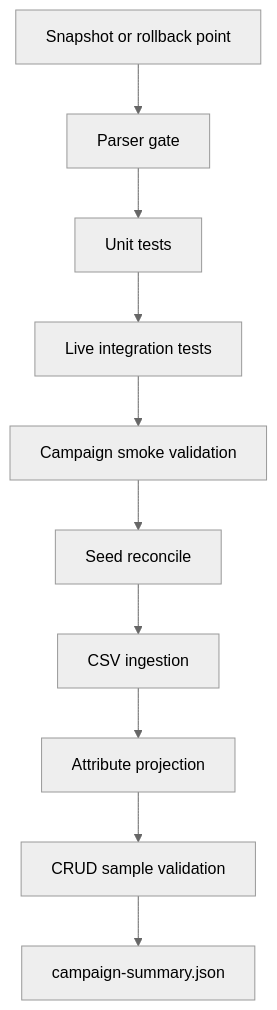
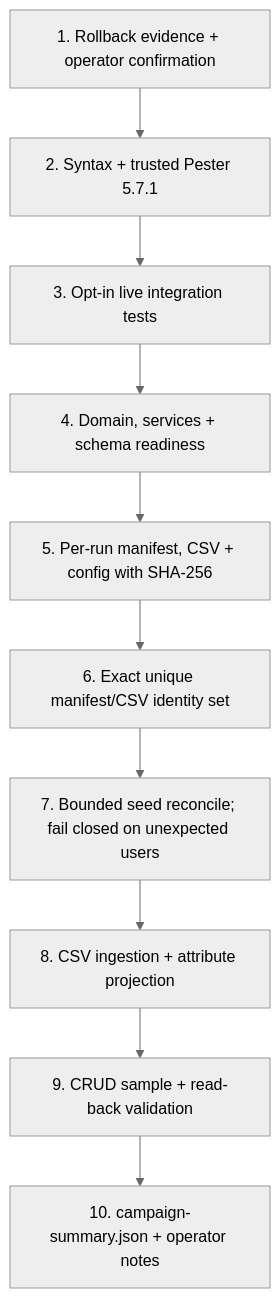
Before and after one commit to jonathanweinberg/DrunkenAD: the diagram in docs/diagrams/live-validation-ladder.mmd, drawn with Mermaid (neutral theme). The commit also changed 22 other files, not shown here.

```diff
--- a/docs/diagrams/live-validation-ladder.mmd
+++ b/docs/diagrams/live-validation-ladder.mmd
@@ -1,10 +1,10 @@
 flowchart TD
-    SNAP["Snapshot or rollback point"] --> PARSE["Parser gate"]
-    PARSE --> UNIT["Unit tests"]
-    UNIT --> INTEGRATION["Live integration tests"]
-    INTEGRATION --> SMOKE["Campaign smoke validation"]
-    SMOKE --> SEED["Seed reconcile"]
-    SEED --> CSV["CSV ingestion"]
-    CSV --> PROJECTION["Attribute projection"]
-    PROJECTION --> CRUD["CRUD sample validation"]
-    CRUD --> SUMMARY["campaign-summary.json"]
+    ROLLBACK["1. Rollback evidence + operator confirmation"] --> TRUST["2. Syntax + trusted Pester 5.7.1"]
+    TRUST --> INTEGRATION["3. Opt-in live integration tests"]
+    INTEGRATION --> READINESS["4. Domain, services + schema readiness"]
+    READINESS --> INPUTS["5. Per-run manifest, CSV + config with SHA-256"]
+    INPUTS --> IDENTITIES["6. Exact unique manifest/CSV identity set"]
+    IDENTITIES --> SEED["7. Bounded seed reconcile; fail closed on unexpected users"]
+    SEED --> DATA["8. CSV ingestion + attribute projection"]
+    DATA --> CRUD["9. CRUD sample + read-back validation"]
+    CRUD --> SUMMARY["10. campaign-summary.json + operator notes"]
```
